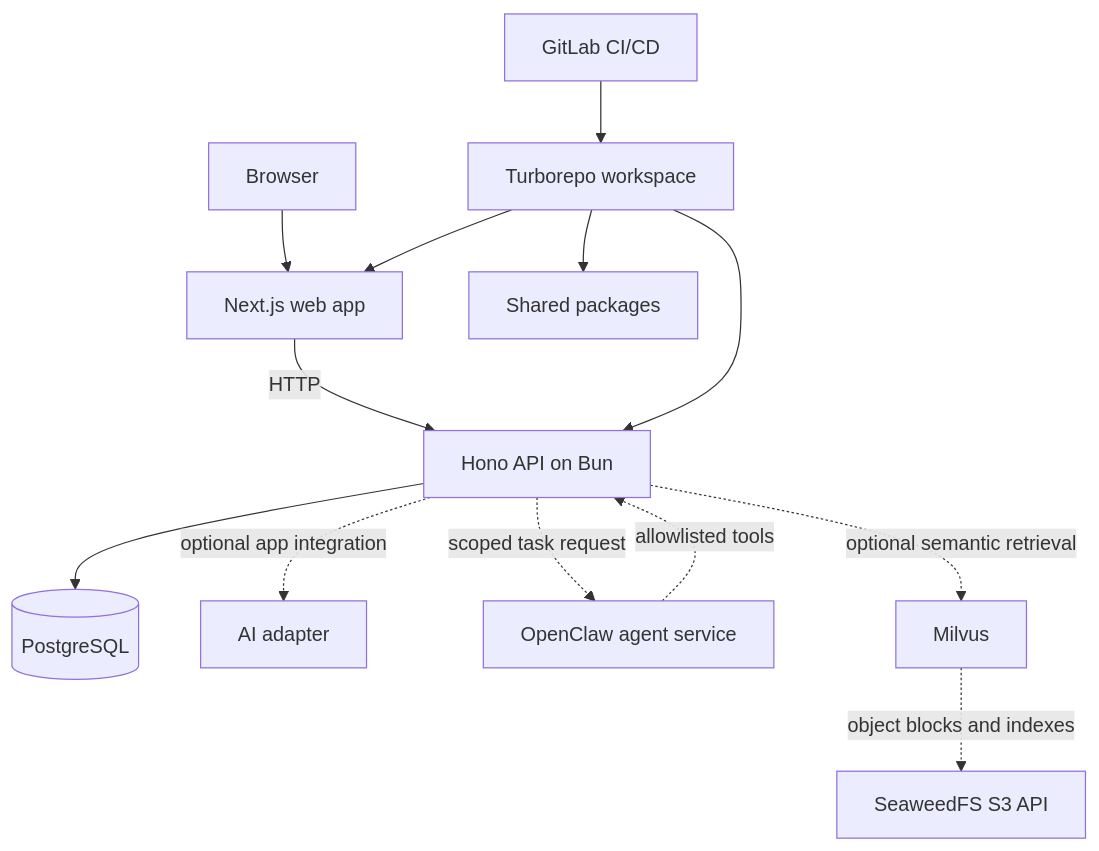
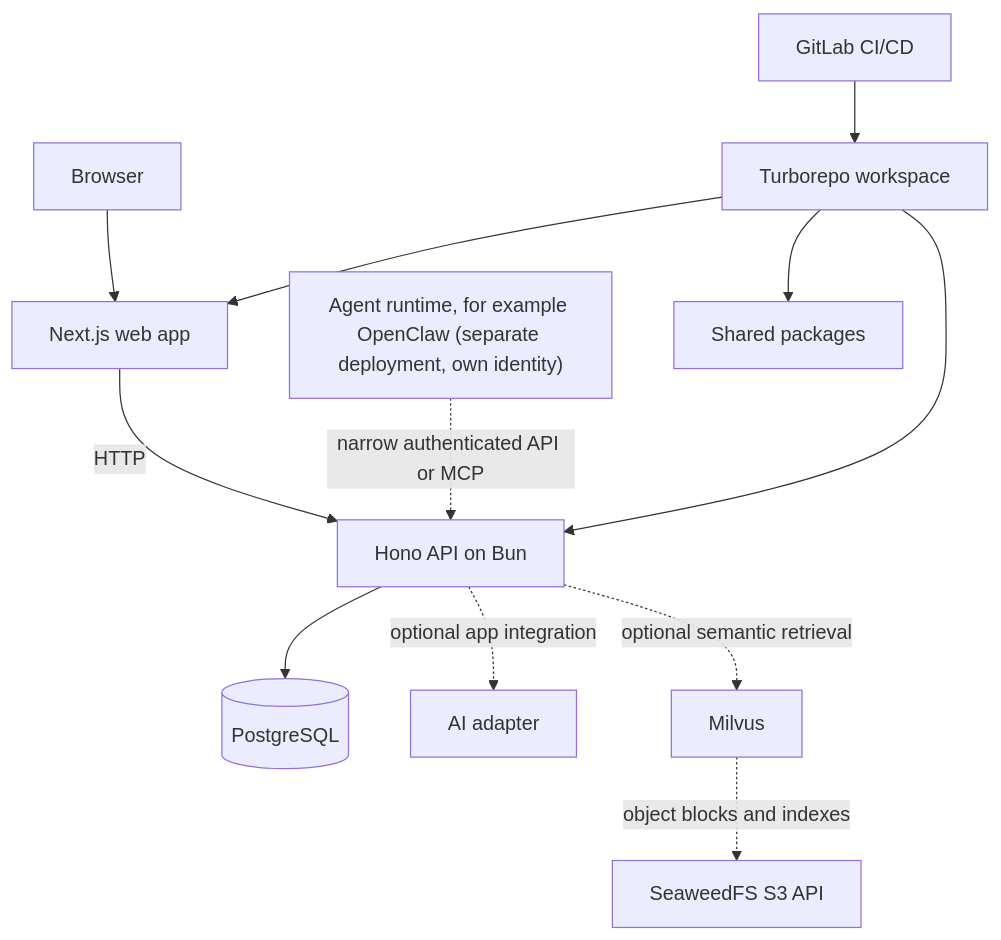
Before and after one commit to Curiosity-Corp/phantoms: the diagram in docs/architecture.md, drawn with Mermaid. The commit also changed other lines of this file and 3 other files, not shown here.

First line of the commit message:
docs: reframe OpenClaw as one agent runtime option

````diff
--- a/docs/architecture.md
+++ b/docs/architecture.md
@@ -5,15 +5,14 @@
 ```mermaid
 flowchart TD
   Browser --> Web[Next.js web app]
   Web -->|HTTP| API[Hono API on Bun]
   API --> DB[(PostgreSQL)]
   API -. optional app integration .-> AI[AI adapter]
-  API -. scoped task request .-> Agent[OpenClaw agent service]
-  Agent -. allowlisted tools .-> API
+  Agent["Agent runtime, for example OpenClaw (separate deployment, own identity)"] -. narrow authenticated API or MCP .-> API
   API -. optional semantic retrieval .-> Vector[Milvus]
   Vector -. object blocks and indexes .-> Object[SeaweedFS S3 API]
   Repo[Turborepo workspace] --> Web
   Repo --> API
   Repo --> Shared[Shared packages]
   CI[GitLab CI/CD] --> Repo
 ```
````
